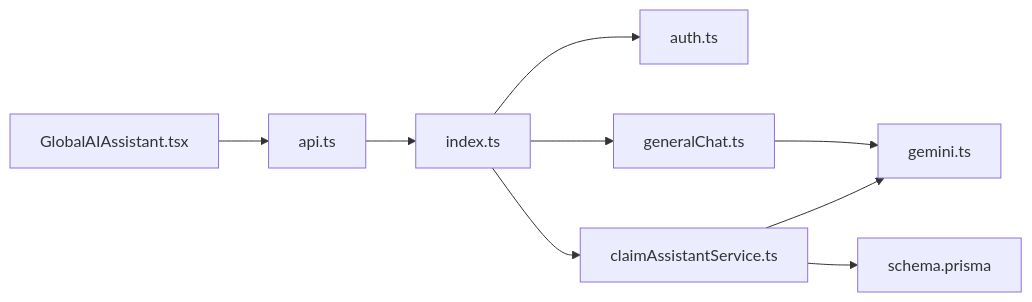
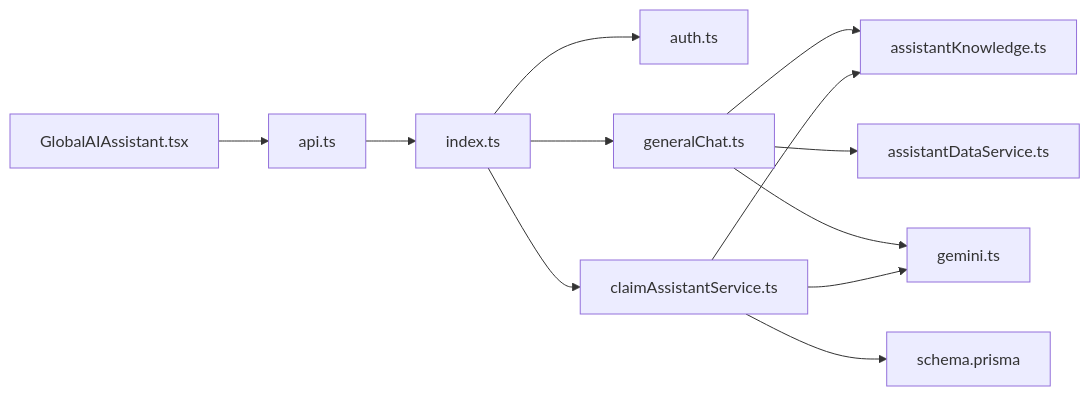
The seventh of 7 diagrams in .qoder/repowiki/en/content/Frontend Documentation/Global AI Assistant.md (NaveenHiranya/Smart-Vehicle-Insurance-Claim-System), drawn with Mermaid before and after one commit. The commit also changed other lines of this file and 17 other files, not shown here.

````diff
--- a/.qoder/repowiki/en/content/Frontend Documentation/Global AI Assistant.md
+++ b/.qoder/repowiki/en/content/Frontend Documentation/Global AI Assistant.md
@@ -292,11 +463,14 @@
 ```mermaid
 graph LR
 FE_Widget["GlobalAIAssistant.tsx"] --> FE_API["api.ts"]
 FE_API --> BE_Index["index.ts"]
 BE_Index --> BE_Auth["auth.ts"]
 BE_Index --> BE_GenChat["generalChat.ts"]
+BE_Index --> BE_ClmSvc["claimAssistantService.ts"]
+BE_GenChat --> BE_Knowledge["assistantKnowledge.ts"]
+BE_GenChat --> BE_UserData["assistantDataService.ts"]
 BE_GenChat --> BE_Gemini["gemini.ts"]
-BE_Index --> BE_ClmSvc["claimAssistantService.ts"]
+BE_ClmSvc --> BE_Knowledge
 BE_ClmSvc --> BE_Gemini
 BE_ClmSvc --> BE_Schema["schema.prisma"]
 ```
````
